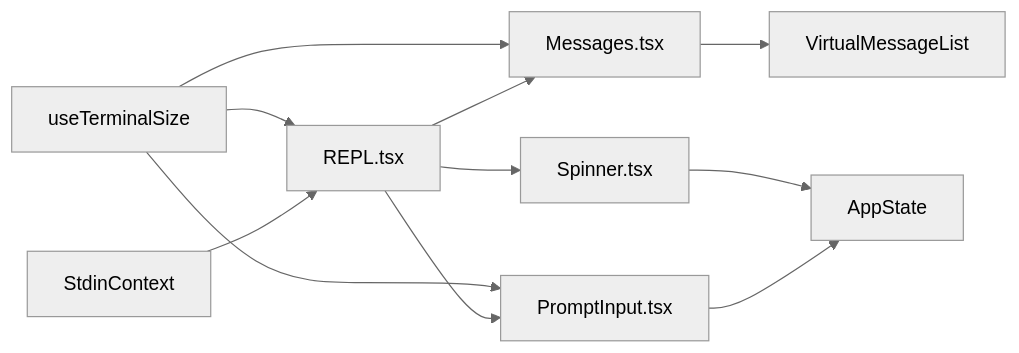
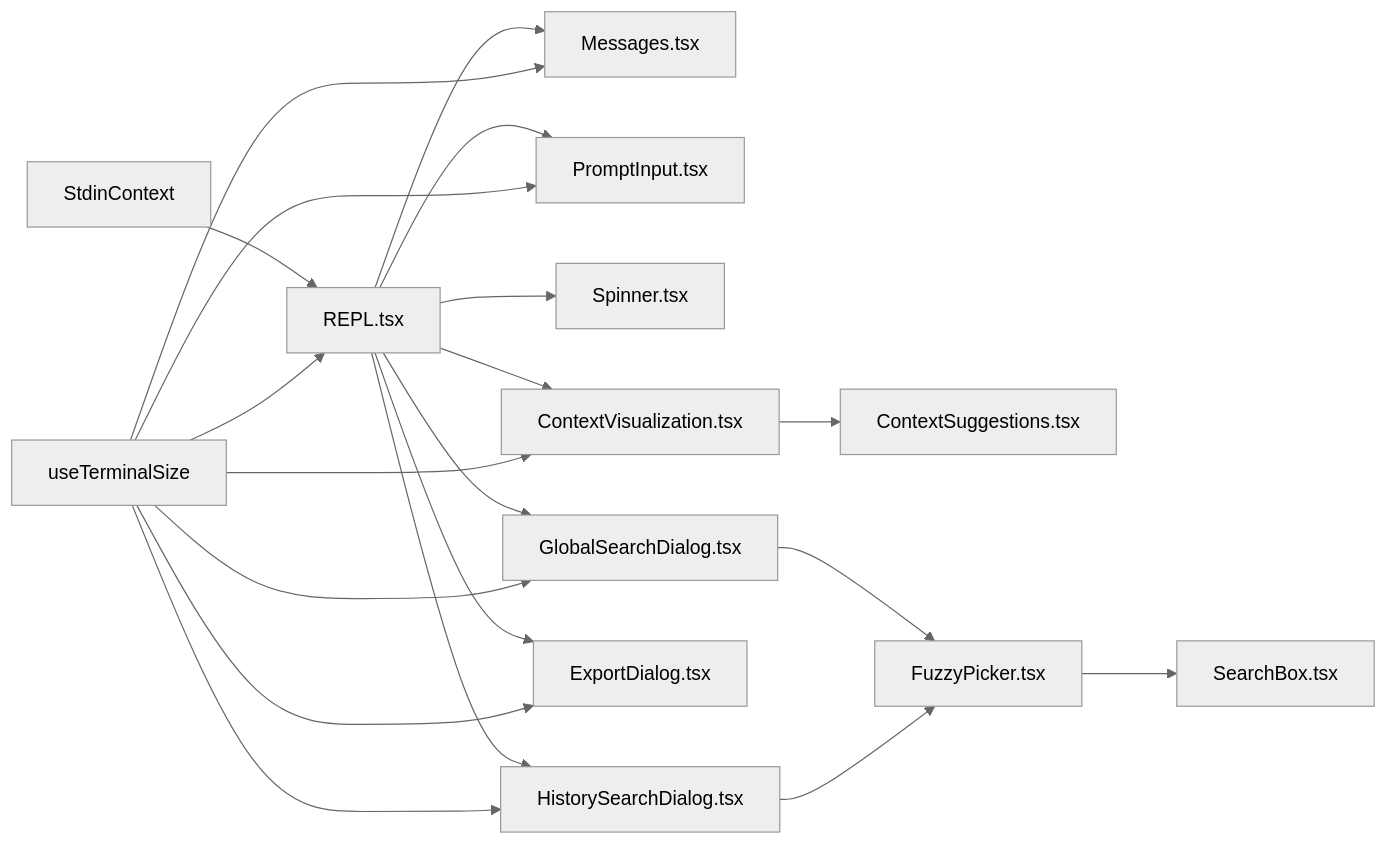
Before and after one commit to yuanliu147/claude-code: diagram 11 of 11 in .qoder/repowiki/zh/content/用户界面系统/用户界面系统.md, drawn with Mermaid (neutral theme). The commit also changed other lines of this file and 5 other files, not shown here.

````diff
--- a/.qoder/repowiki/zh/content/用户界面系统/用户界面系统.md
+++ b/.qoder/repowiki/zh/content/用户界面系统/用户界面系统.md
@@ -234,13 +434,22 @@
 ```mermaid
 graph LR
 REPL["REPL.tsx"] --> MSG["Messages.tsx"]
 REPL --> PIN["PromptInput.tsx"]
 REPL --> SPN["Spinner.tsx"]
-MSG --> VML["VirtualMessageList"]
-PIN --> APP["AppState"]
-SPN --> APP
+REPL --> CV["ContextVisualization.tsx"]
+CV --> CS["ContextSuggestions.tsx"]
+REPL --> GSD["GlobalSearchDialog.tsx"]
+REPL --> ED["ExportDialog.tsx"]
+REPL --> HSD["HistorySearchDialog.tsx"]
+GSD --> FP["FuzzyPicker.tsx"]
+HSD --> FP
+FP --> SB["SearchBox.tsx"]
 STD["StdinContext"] --> REPL
 TSZ["useTerminalSize"] --> REPL
 TSZ --> MSG
 TSZ --> PIN
+TSZ --> CV
+TSZ --> GSD
+TSZ --> ED
+TSZ --> HSD
 ```
````
